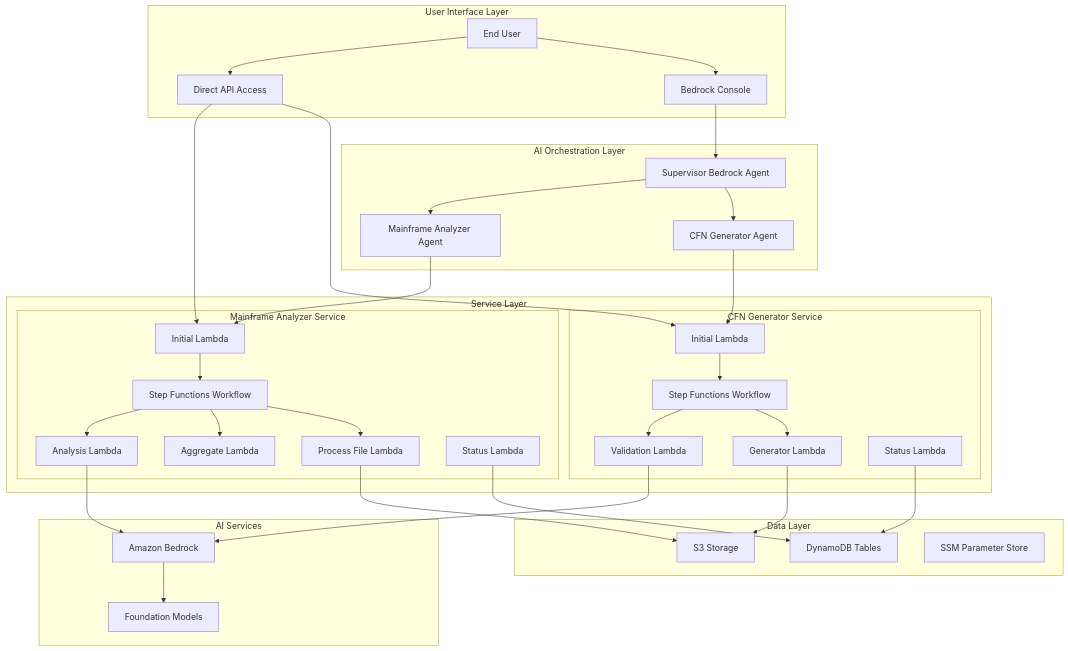
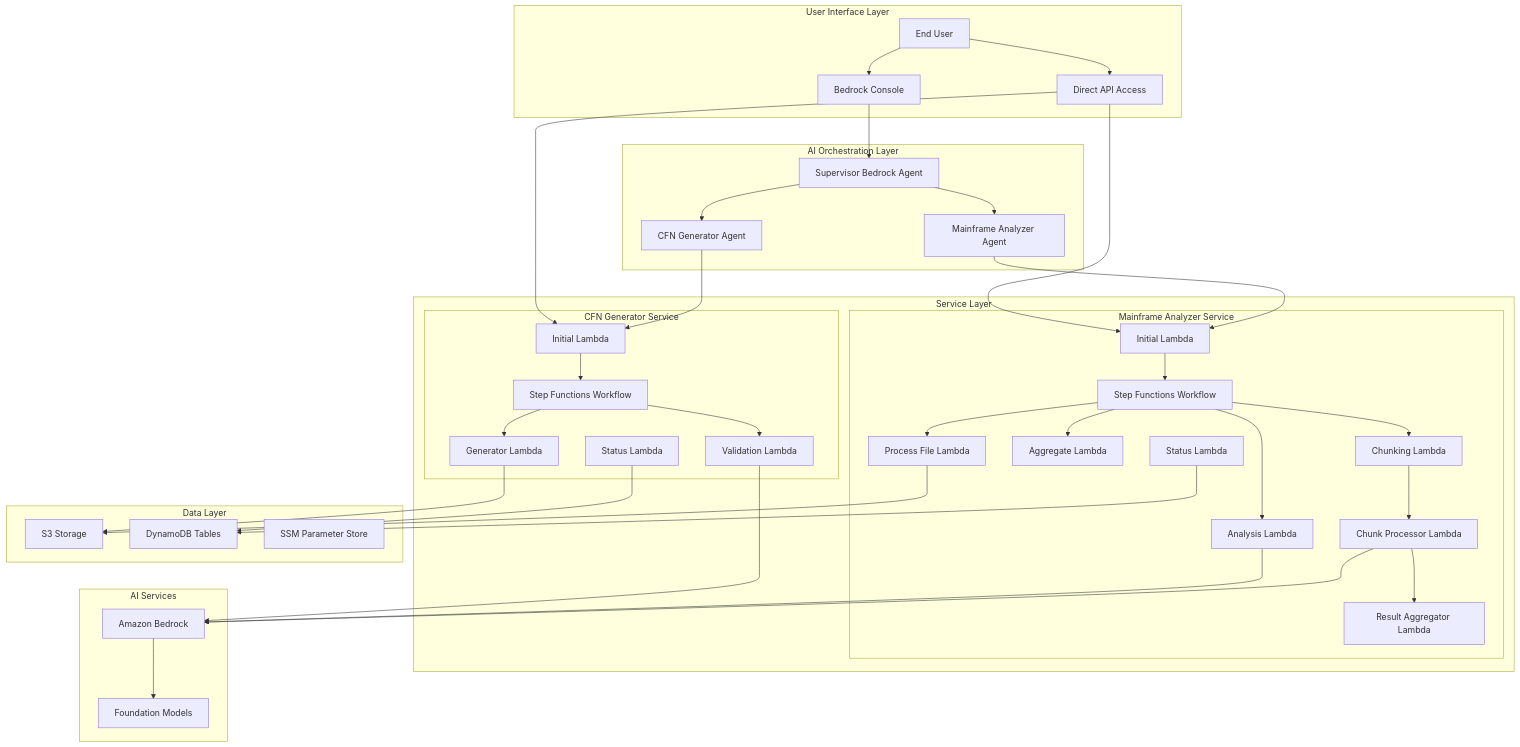
The first of 3 diagrams in docs/architecture.md (yssarat/mainframe-migration-suite), drawn with Mermaid before and after one commit. The commit also changed other lines of this file and 21 other files, not shown here.

````diff
--- a/docs/architecture.md
+++ b/docs/architecture.md
@@ -9,74 +9,81 @@
 ```mermaid
 graph TB
     subgraph "User Interface Layer"
         User[End User]
         BedrockConsole[Bedrock Console]
         API[Direct API Access]
     end
     
     subgraph "AI Orchestration Layer"
         SupervisorAgent[Supervisor Bedrock Agent]
         CfnAgent[CFN Generator Agent]
         AnalyzerAgent[Mainframe Analyzer Agent]
     end
     
     subgraph "Service Layer"
         subgraph "CFN Generator Service"
             CfnInitial[Initial Lambda]
             CfnGenerator[Generator Lambda]
             CfnValidation[Validation Lambda]
             CfnStatus[Status Lambda]
             CfnStepFunctions[Step Functions Workflow]
         end
         
         subgraph "Mainframe Analyzer Service"
             AnalyzerInitial[Initial Lambda]
             ProcessFile[Process File Lambda]
             Aggregate[Aggregate Lambda]
             Analysis[Analysis Lambda]
+            Chunking[Chunking Lambda]
+            ChunkProcessor[Chunk Processor Lambda]
+            ResultAggregator[Result Aggregator Lambda]
             AnalyzerStatus[Status Lambda]
             AnalyzerStepFunctions[Step Functions Workflow]
         end
     end
     
     subgraph "Data Layer"
         S3[S3 Storage]
         DynamoDB[DynamoDB Tables]
         ParameterStore[SSM Parameter Store]
     end
     
     subgraph "AI Services"
         Bedrock[Amazon Bedrock]
         BedrockModels[Foundation Models]
     end
     
     User --> BedrockConsole
     User --> API
     BedrockConsole --> SupervisorAgent
     API --> CfnInitial
     API --> AnalyzerInitial
     
     SupervisorAgent --> CfnAgent
     SupervisorAgent --> AnalyzerAgent
     
     CfnAgent --> CfnInitial
     AnalyzerAgent --> AnalyzerInitial
     
     CfnInitial --> CfnStepFunctions
     CfnStepFunctions --> CfnGenerator
     CfnStepFunctions --> CfnValidation
     CfnGenerator --> S3
     CfnValidation --> Bedrock
     
     AnalyzerInitial --> AnalyzerStepFunctions
     AnalyzerStepFunctions --> ProcessFile
     AnalyzerStepFunctions --> Aggregate
     AnalyzerStepFunctions --> Analysis
+    AnalyzerStepFunctions --> Chunking
+    Chunking --> ChunkProcessor
+    ChunkProcessor --> ResultAggregator
     ProcessFile --> S3
     Analysis --> Bedrock
+    ChunkProcessor --> Bedrock
     
     CfnStatus --> DynamoDB
     AnalyzerStatus --> DynamoDB
     
     Bedrock --> BedrockModels
 ```
````
